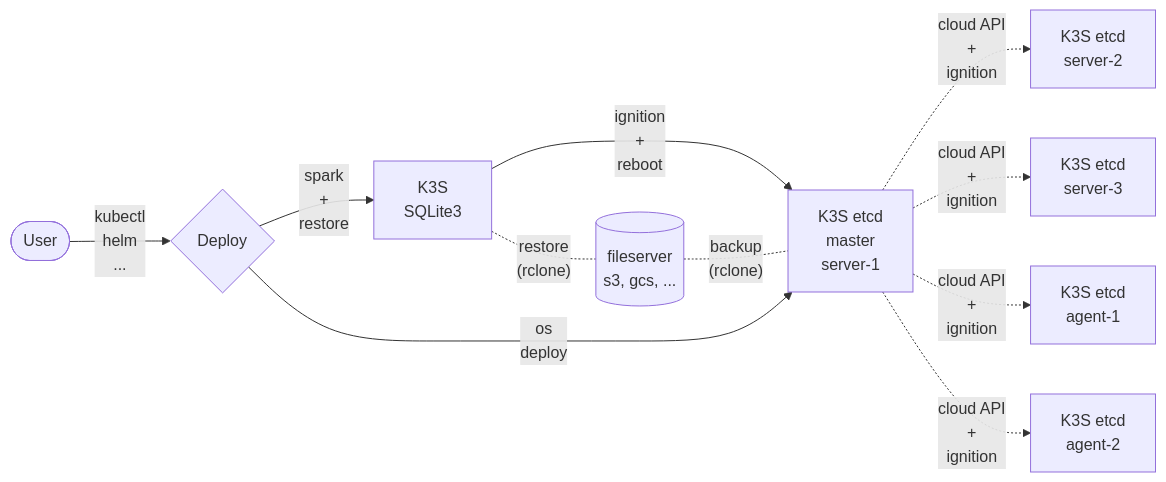
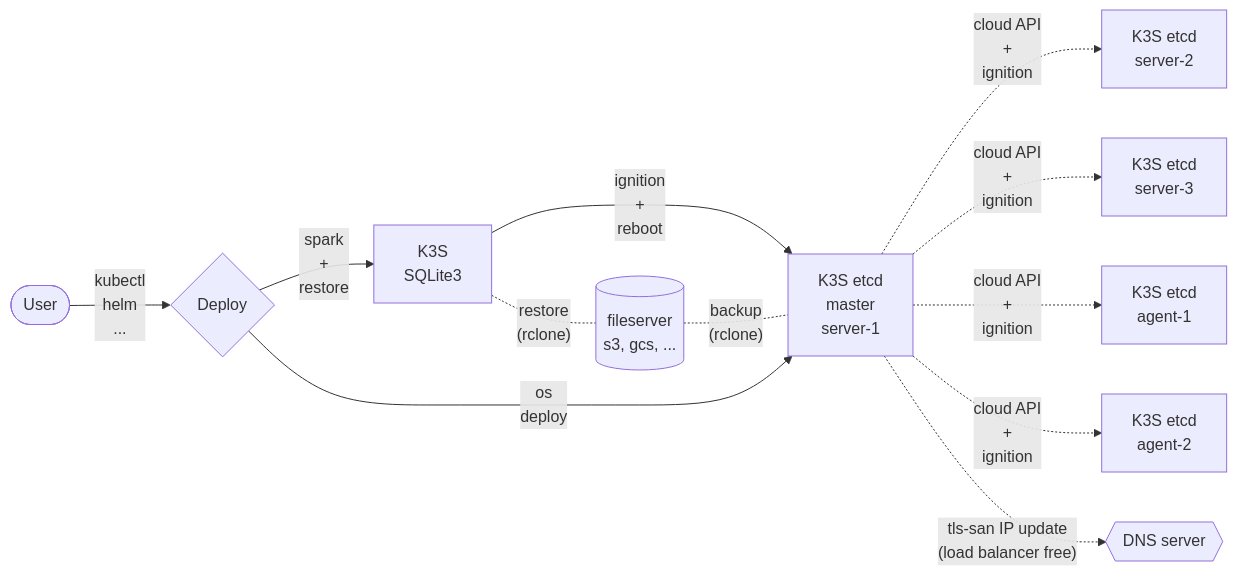
The diagram in README.md (sfmunoz/i12e), drawn with Mermaid before and after one commit.

Commit message:
README.md: DNS server added to architecture diagram

````diff
--- a/README.md
+++ b/README.md
@@ -20,21 +20,23 @@
 ```mermaid
 flowchart LR
     u(["User"])
     ks["K3S<br/>SQLite3"]
     ke1["K3S etcd<br/>master<br/>server-1"]
     ke2["K3S etcd<br/>server-2"]
     ke3["K3S etcd<br/>server-3"]
     ke4["K3S etcd<br/>agent-1"]
     ke5["K3S etcd<br/>agent-2"]
+    dns{{"DNS server"}} 
     fs[("fileserver<br/>s3, gcs, ...")] 
     d{"Deploy"}
     u -->|"kubectl<br/>helm<br/>..."| d
     d -->|"spark<br/>+<br/>restore"| ks
     ks -->|"ignition<br/>+<br/>reboot"| ke1
     d -->|"os<br/>deploy"| ke1
     ke1 -.->|cloud API<br/>+<br/>ignition| ke2
     ke1 -.->|cloud API<br/>+<br/>ignition| ke3
     ke1 -.->|cloud API<br/>+<br/>ignition| ke4
     ke1 -.->|cloud API<br/>+<br/>ignition| ke5
+    ke1 -.->|"tls-san IP update<br/>(load balancer free)"| dns
     ks -.-|"restore<br/>(rclone)"| fs -.-|"backup<br/>(rclone)"| ke1
 ```
````
